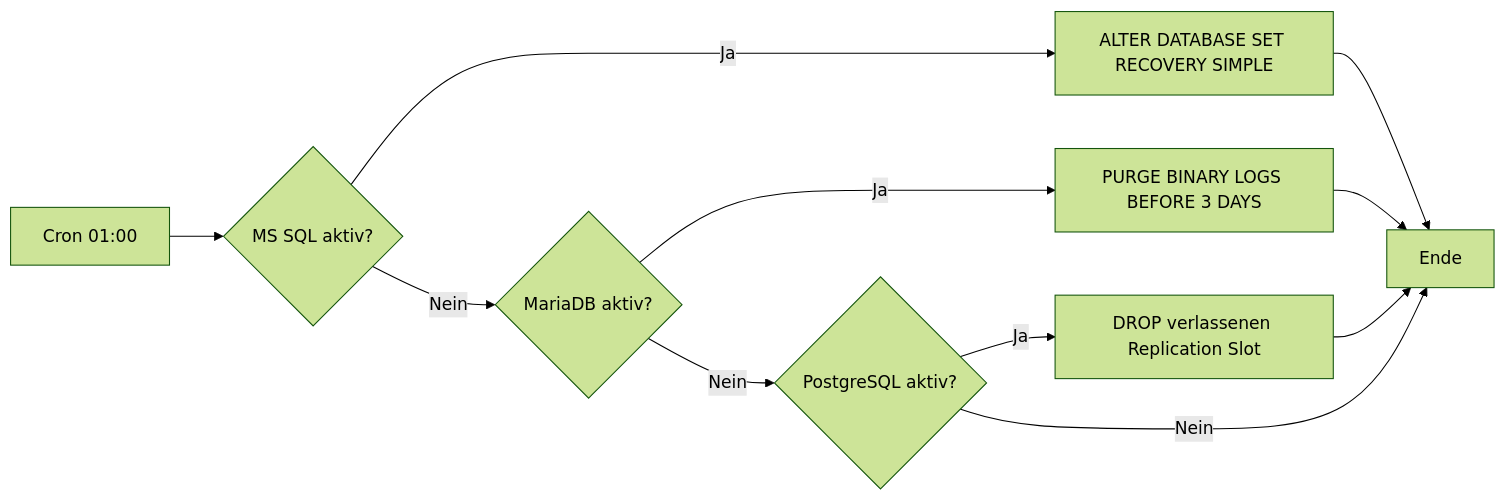
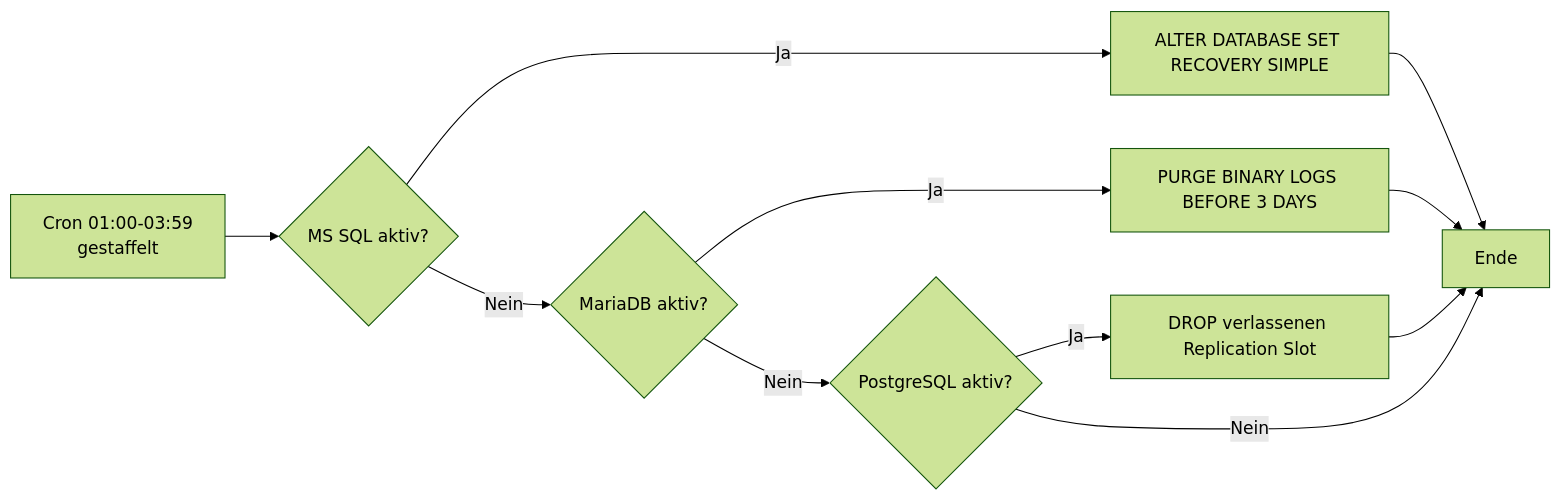
One commit to xtc0r/VEEAM_db_backup_via_vcenter changed the diagram in README.md. Above: the diagram before and after it, drawn with Mermaid (forest theme). The commit also changed other lines of this file and 1 other file, not shown here.

First line of the commit message:
salt: cron-staffelung via minion-id-hash (180 slots, 01:00-03:59)

````diff
--- a/README.md
+++ b/README.md
@@ -108,13 +118,13 @@
 ```mermaid
 graph LR
-    A[Cron 01:00] --> B{MS SQL aktiv?}
+    A[Cron 01:00-03:59<br>gestaffelt] --> B{MS SQL aktiv?}
     B -->|Ja| C[ALTER DATABASE SET RECOVERY SIMPLE]
     B -->|Nein| D{MariaDB aktiv?}
     D -->|Ja| E[PURGE BINARY LOGS BEFORE 3 DAYS]
     D -->|Nein| F{PostgreSQL aktiv?}
     F -->|Ja| G[DROP verlassenen Replication Slot]
     F -->|Nein| H[Ende]
     C --> H
     E --> H
     G --> H
 ```
````
